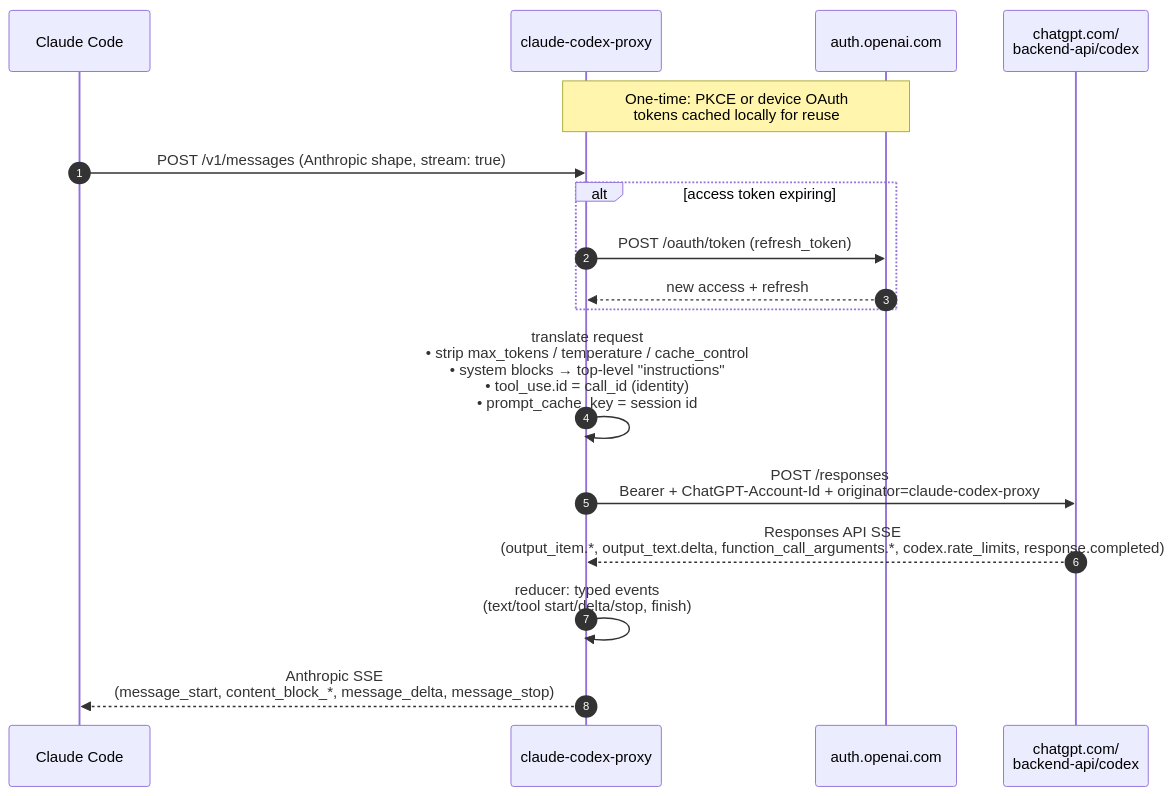
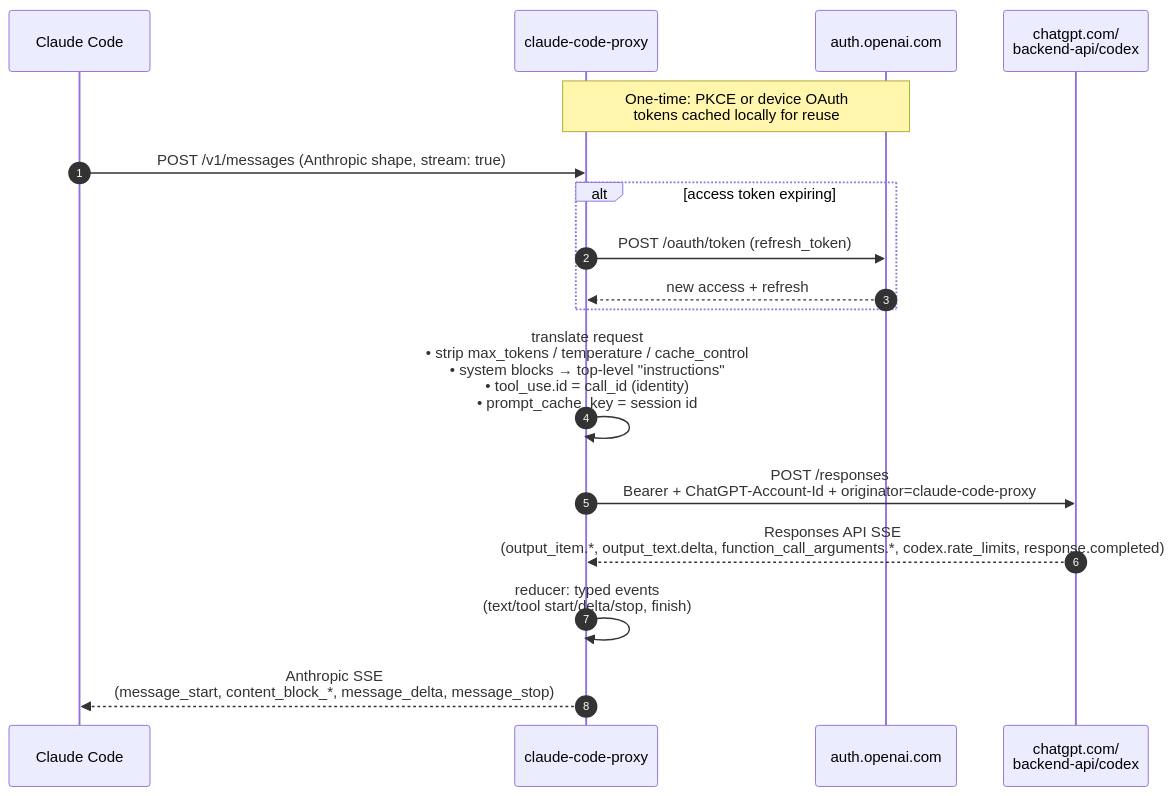
Before and after one commit to inaba-garnet/claude-code-proxy: the diagram in README.md, drawn with Mermaid. The commit also changed other lines of this file and 24 other files, not shown here.

First line of the commit message:
rename to claude-code-proxy and restructure for multi-provider support

````diff
--- a/README.md
+++ b/README.md
@@ -177,23 +177,23 @@
 ```mermaid
 sequenceDiagram
     autonumber
     participant CC as Claude Code
-    participant P as claude-codex-proxy
+    participant P as claude-code-proxy
     participant AUTH as auth.openai.com
     participant CGX as chatgpt.com/<br/>backend-api/codex
 
     Note over P,AUTH: One-time: PKCE or device OAuth<br/>tokens cached locally for reuse
 
     CC->>P: POST /v1/messages (Anthropic shape, stream: true)
 
     alt access token expiring
         P->>AUTH: POST /oauth/token (refresh_token)
         AUTH-->>P: new access + refresh
     end
 
     P->>P: translate request<br/>• strip max_tokens / temperature / cache_control<br/>• system blocks → top-level "instructions"<br/>• tool_use.id = call_id (identity)<br/>• prompt_cache_key = session id
-    P->>CGX: POST /responses<br/>Bearer + ChatGPT-Account-Id + originator=claude-codex-proxy
+    P->>CGX: POST /responses<br/>Bearer + ChatGPT-Account-Id + originator=claude-code-proxy
     CGX-->>P: Responses API SSE<br/>(output_item.*, output_text.delta, function_call_arguments.*, codex.rate_limits, response.completed)
     P->>P: reducer: typed events<br/>(text/tool start/delta/stop, finish)
     P-->>CC: Anthropic SSE<br/>(message_start, content_block_*, message_delta, message_stop)
 ```
````
